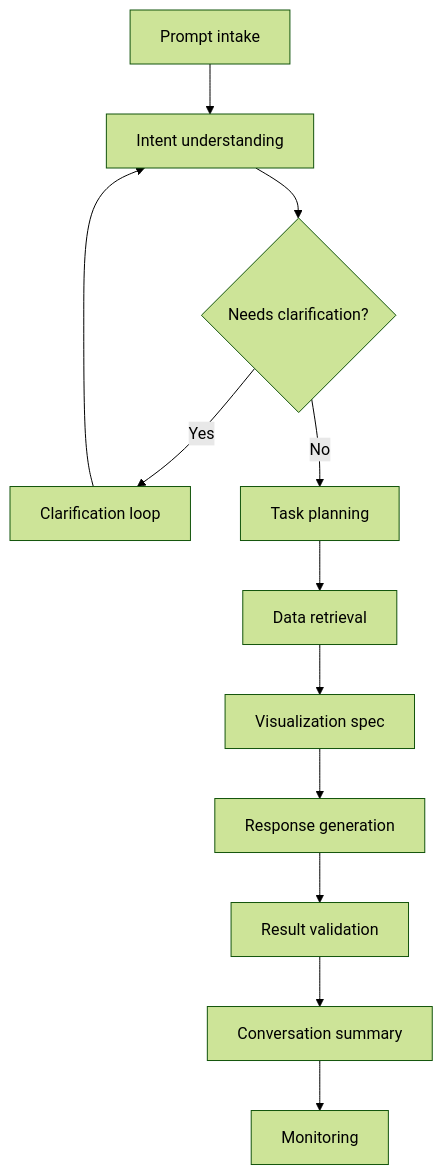
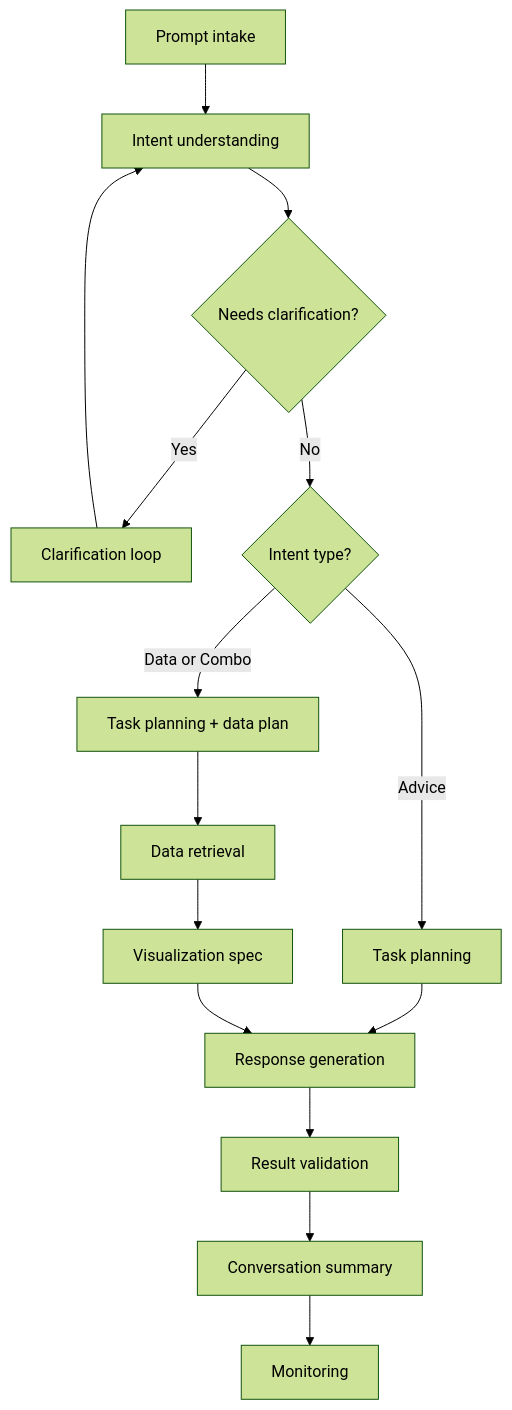
Before and after one commit to benjyongzh/llm-data-analyst: the third of 4 diagrams in README.md, drawn with Mermaid (forest theme). The commit also changed other lines of this file and 1 other file, not shown here.

Commit message:
feat: tailor responses by intent

````diff
--- a/README.md
+++ b/README.md
@@ -117,14 +120,17 @@
 ```mermaid
 flowchart TD
     A[Prompt intake] --> B[Intent understanding]
     B --> C{Needs clarification?}
     C -->|Yes| D[Clarification loop]
     D --> B
-    C -->|No| E[Task planning]
-    E --> F[Data retrieval]
-    F --> G[Visualization spec]
-    G --> H[Response generation]
-    H --> I[Result validation]
-    I --> J[Conversation summary]
-    J --> K[Monitoring]
+    C -->|No| E{Intent type?}
+    E -->|Advice| F[Task planning]
+    E -->|Data or Combo| G[Task planning + data plan]
+    F --> H[Response generation]
+    G --> I[Data retrieval]
+    I --> J[Visualization spec]
+    J --> H
+    H --> K[Result validation]
+    K --> L[Conversation summary]
+    L --> M[Monitoring]
 ```
````
